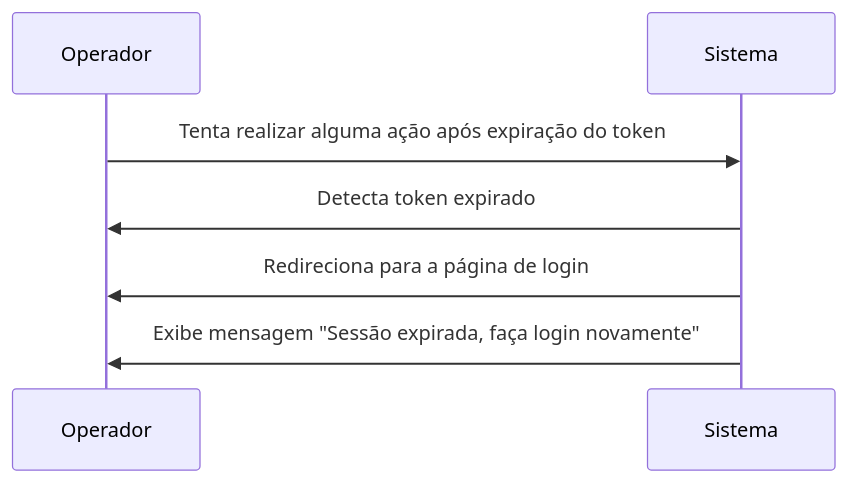
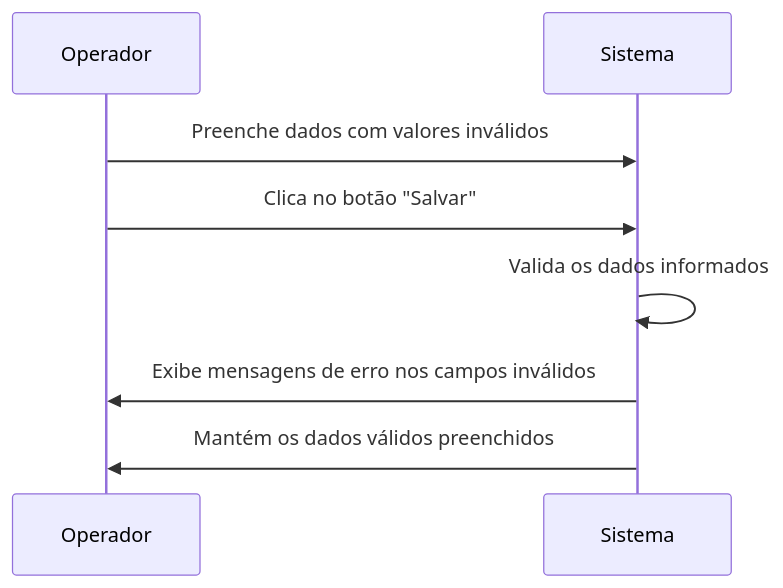
Before and after one commit to Bomsalvez/quilombo-docs: the second of 3 diagrams in Writerside/topics/RF11.md, drawn with Mermaid. The commit also changed other lines of this file and 34 other files, not shown here.

````diff
--- a/Writerside/topics/RF11.md
+++ b/Writerside/topics/RF11.md
@@ -48,10 +58,11 @@
 ```mermaid
 sequenceDiagram
     participant O as Operador
     participant S as Sistema
     
-    O->>S: Tenta realizar alguma ação após expiração do token
-    S->>O: Detecta token expirado
-    S->>O: Redireciona para a página de login
-    S->>O: Exibe mensagem "Sessão expirada, faça login novamente"
+    O->>S: Preenche dados com valores inválidos
+    O->>S: Clica no botão "Salvar"
+    S->>S: Valida os dados informados
+    S->>O: Exibe mensagens de erro nos campos inválidos
+    S->>O: Mantém os dados válidos preenchidos
 ```
````
